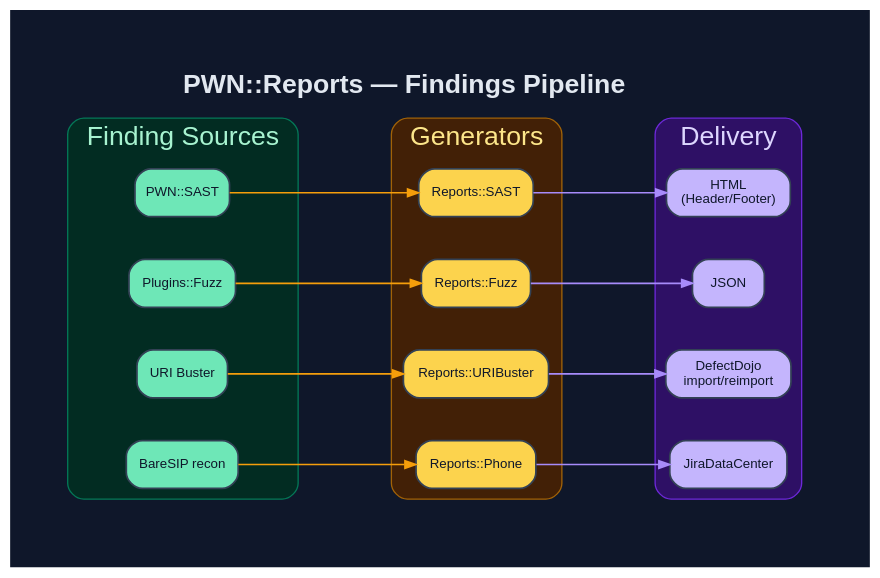
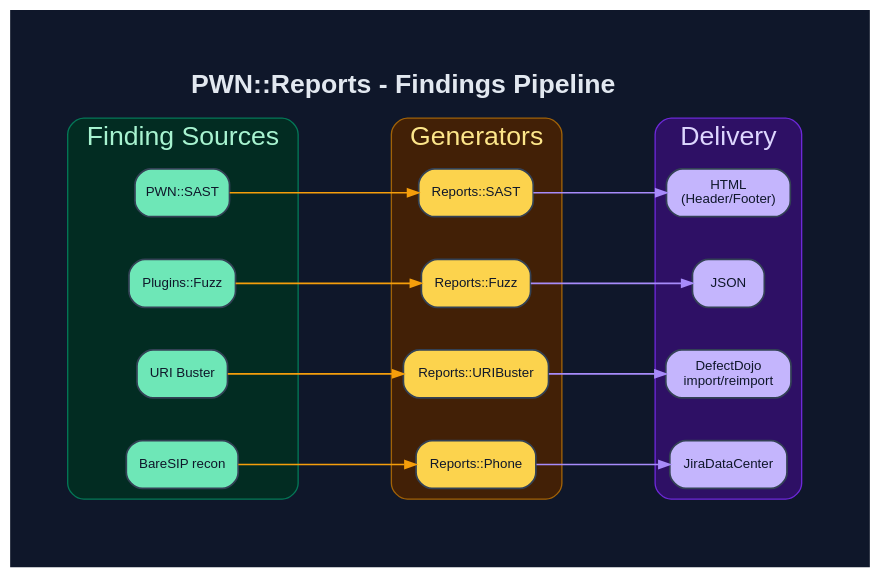
Before and after one commit to 0dayInc/pwn: the diagram in documentation/diagrams/dot/reporting-pipeline.dot, drawn with Graphviz. The commit also changed 94 other files, not shown here.

```diff
--- a/documentation/diagrams/dot/reporting-pipeline.dot
+++ b/documentation/diagrams/dot/reporting-pipeline.dot
@@ -1,46 +1,46 @@
 digraph "PWN_Reports" {
   graph [
-    label=<<B>PWN::Reports — Findings Pipeline</B>>,
+    label=<<B>PWN::Reports - Findings Pipeline</B>>,
     labelloc=t, fontsize=20, fontname="Helvetica",
     rankdir=LR, splines=spline, nodesep=0.45, ranksep=1.2,
     bgcolor="#0f172a", fontcolor="#e2e8f0", pad=0.6, newrank=true
   ];
   node [fontname="Helvetica", fontsize=10, style="filled,rounded",
         shape=box, penwidth=1.3, color="#334155", fontcolor="#0f172a"];
   edge [fontname="Helvetica", fontsize=9, color="#94a3b8",
         fontcolor="#cbd5e1", penwidth=1.3, arrowsize=0.8];
 
   subgraph cluster_src {
     label="Finding Sources"; fontcolor="#a7f3d0"; style=rounded;
     color="#047857"; bgcolor="#022c22";
     Sast [label="PWN::SAST",     fillcolor="#6ee7b7"];
     Fuzz [label="Plugins::Fuzz", fillcolor="#6ee7b7"];
     Uri  [label="URI Buster",    fillcolor="#6ee7b7"];
     Phone[label="BareSIP recon", fillcolor="#6ee7b7"];
   }
   subgraph cluster_gen {
     label="Generators"; fontcolor="#fde68a"; style=rounded;
     color="#a16207"; bgcolor="#422006";
     Rsast [label="Reports::SAST",      fillcolor="#fcd34d"];
     Rfuzz [label="Reports::Fuzz",      fillcolor="#fcd34d"];
     Ruri  [label="Reports::URIBuster", fillcolor="#fcd34d"];
     Rphone[label="Reports::Phone",     fillcolor="#fcd34d"];
   }
   subgraph cluster_out {
     label="Delivery"; fontcolor="#ddd6fe"; style=rounded;
     color="#6d28d9"; bgcolor="#2e1065";
     HTML [label="HTML\n(Header/Footer)", fillcolor="#c4b5fd"];
     JSON [label="JSON",                   fillcolor="#c4b5fd"];
     DD   [label="DefectDojo\nimport/reimport", fillcolor="#c4b5fd"];
     Jira [label="JiraDataCenter",          fillcolor="#c4b5fd"];
   }
 
   Sast  -> Rsast  [color="#f59e0b"];
   Fuzz  -> Rfuzz  [color="#f59e0b"];
   Uri   -> Ruri   [color="#f59e0b"];
   Phone -> Rphone [color="#f59e0b"];
   Rsast  -> HTML [color="#a78bfa"];
   Rfuzz  -> JSON [color="#a78bfa"];
   Ruri   -> DD   [color="#a78bfa"];
   Rphone -> Jira [color="#a78bfa"];
 }
```
